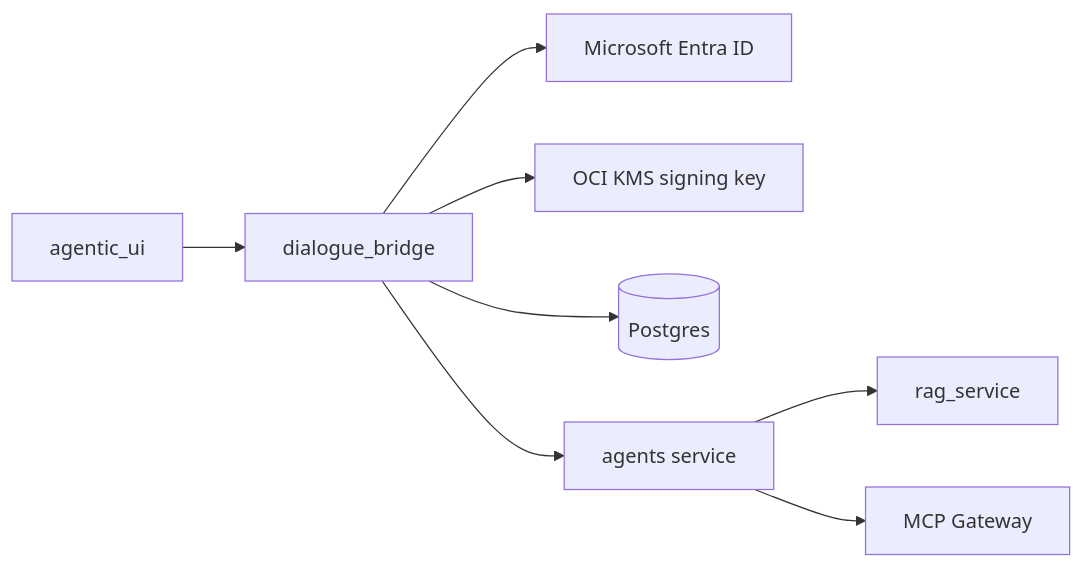
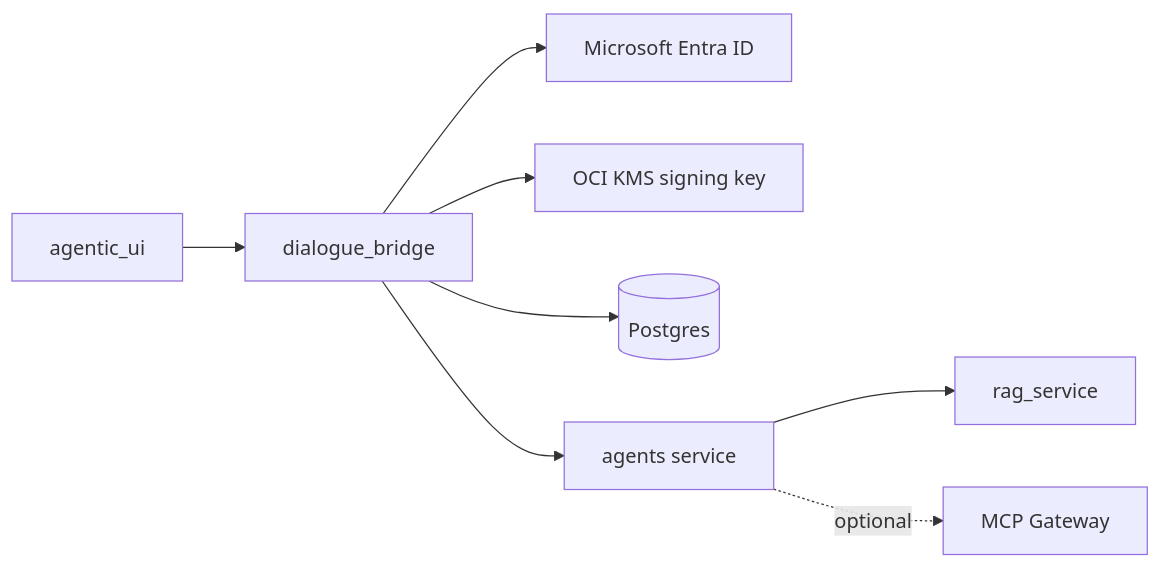
One commit to konstantinosmpouros/mAgenticX changed the first of 7 diagrams in magenticx/dialogue_bridge/README.md. Above: the diagram before and after it, drawn with Mermaid. The commit also changed other lines of this file and 31 other files, not shown here.

````diff
--- a/magenticx/dialogue_bridge/README.md
+++ b/magenticx/dialogue_bridge/README.md
@@ -32,10 +32,10 @@
 ```mermaid
 flowchart LR
     UI[agentic_ui] --> BRIDGE[dialogue_bridge]
     BRIDGE --> ENTRA[Microsoft Entra ID]
     BRIDGE --> KMS[OCI KMS signing key]
     BRIDGE --> PG[(Postgres)]
     BRIDGE --> AGENTS[agents service]
     AGENTS --> RAG[rag_service]
-    AGENTS --> MCP[MCP Gateway]
+    AGENTS -.->|optional| MCP[MCP Gateway]
 ```
````
